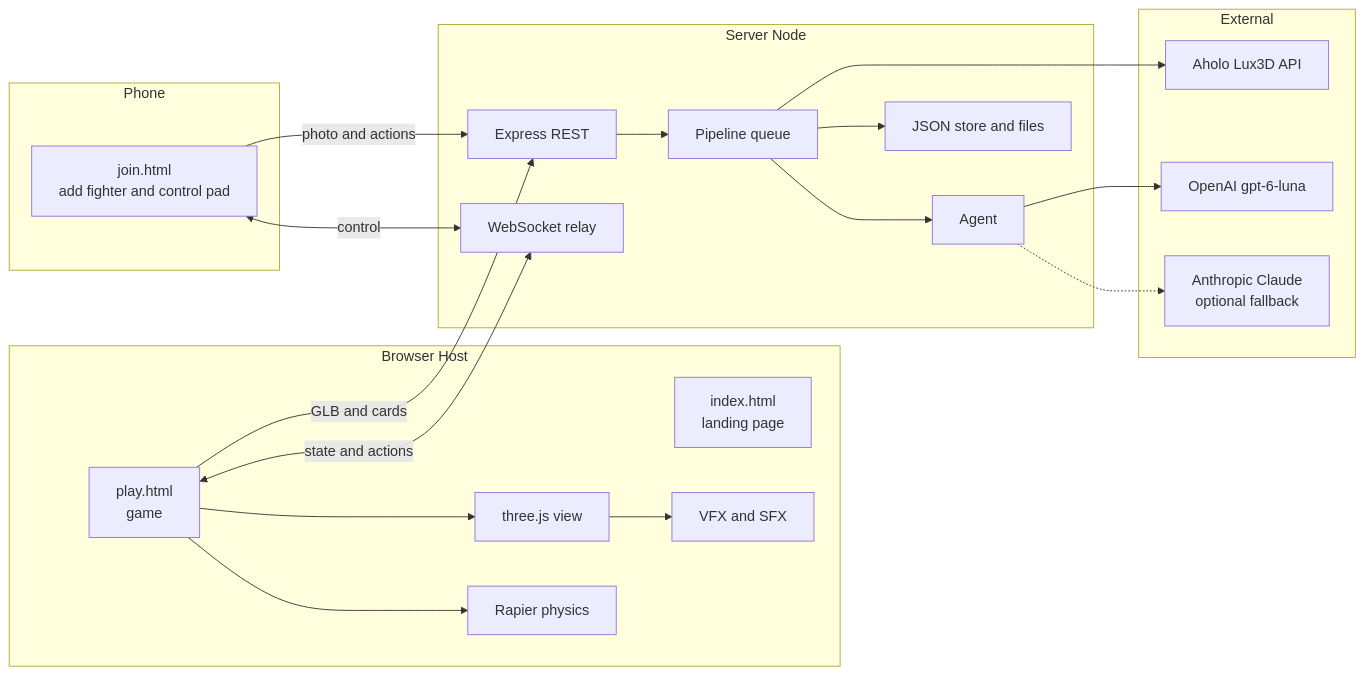
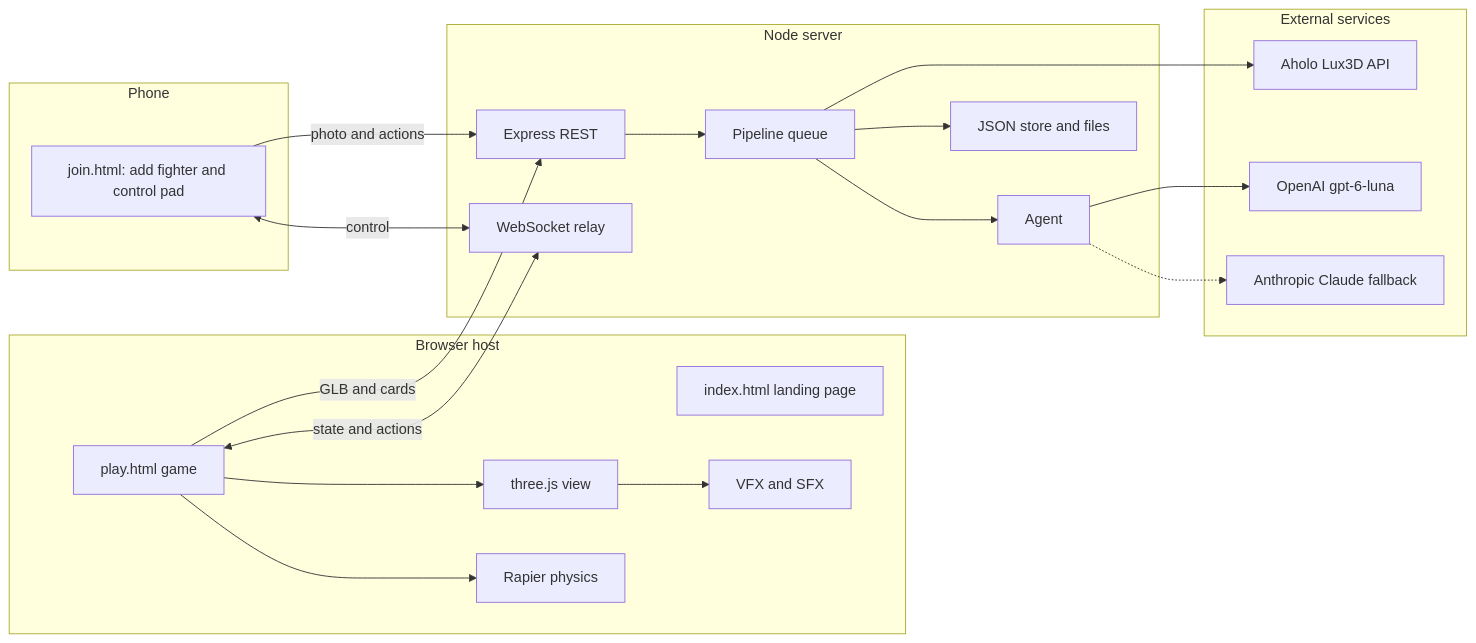
Before and after one commit to Prasannaverse13/Junk-Drawer-Arena: the third of 3 diagrams in README.md, drawn with Mermaid. The commit also changed other lines of this file, not shown here.

First line of the commit message:
Fix README mermaid diagrams for GitHub rendering

````diff
--- a/README.md
+++ b/README.md
@@ -126,38 +126,38 @@
 ```mermaid
 flowchart LR
-    subgraph PH[Phone]
-        P1[join.html<br/>add fighter and control pad]
+    subgraph PH["Phone"]
+        P1["join.html: add fighter and control pad"]
     end
-    subgraph BR[Browser Host]
-        H1[index.html<br/>landing page]
-        H2[play.html<br/>game]
-        H3[three.js view]
-        H4[Rapier physics]
-        H5[VFX and SFX]
+    subgraph BR["Browser host"]
+        H1["index.html landing page"]
+        H2["play.html game"]
+        H3["three.js view"]
+        H4["Rapier physics"]
+        H5["VFX and SFX"]
         H2 --> H3
         H2 --> H4
         H3 --> H5
     end
-    subgraph SV[Server Node]
-        S1[Express REST]
-        S2[WebSocket relay]
-        S3[Pipeline queue]
-        S4[Agent]
-        S5[JSON store and files]
+    subgraph SV["Node server"]
+        S1["Express REST"]
+        S2["WebSocket relay"]
+        S3["Pipeline queue"]
+        S4["Agent"]
+        S5["JSON store and files"]
         S1 --> S3
         S3 --> S4
         S3 --> S5
     end
-    subgraph EX[External]
-        X1[Aholo Lux3D API]
-        X2[OpenAI gpt-6-luna]
-        X3[Anthropic Claude<br/>optional fallback]
+    subgraph EX["External services"]
+        X1["Aholo Lux3D API"]
+        X2["OpenAI gpt-6-luna"]
+        X3["Anthropic Claude fallback"]
     end
-    P1 -- photo and actions --> S1
-    P1 <-- control --> S2
-    H2 <-- state and actions --> S2
-    H2 -- GLB and cards --> S1
+    P1 -->|photo and actions| S1
+    P1 <-->|control| S2
+    H2 <-->|state and actions| S2
+    H2 -->|GLB and cards| S1
     S3 --> X1
     S4 --> X2
     S4 -.-> X3
 ```
````
